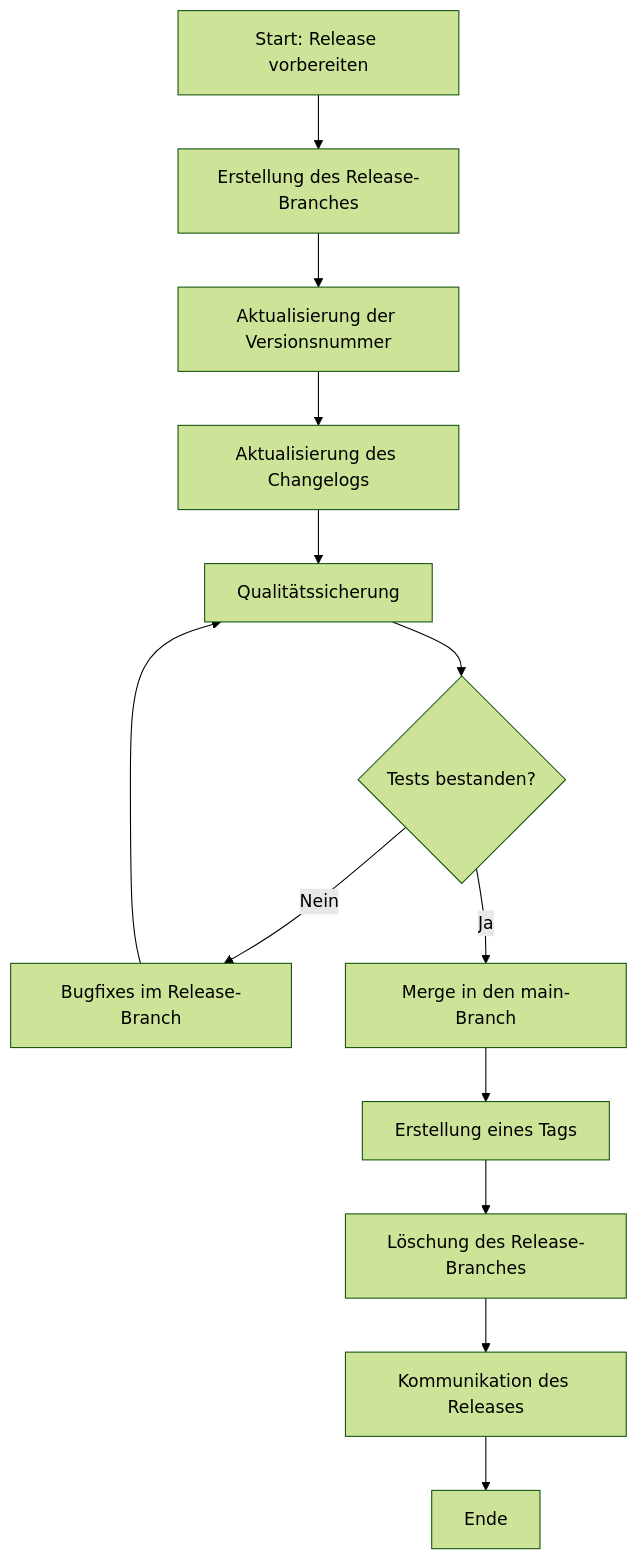
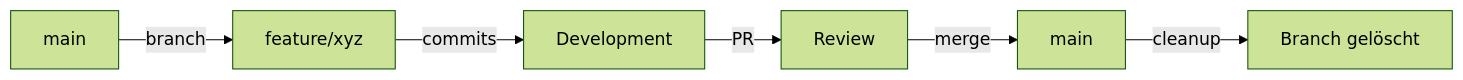
One commit to HaraldKiessling/DevSystem changed the first of 2 diagrams in docs/strategies/branch-strategie.md. Above: the diagram before and after it, drawn with Mermaid (forest theme). The commit also changed other lines of this file and 19 other files, not shown here.

````diff
--- a/docs/strategies/branch-strategie.md
+++ b/docs/strategies/branch-strategie.md
@@ -862,15 +88,8 @@
 ```mermaid
-graph TD
-    A[Start: Release vorbereiten] --> B[Erstellung des Release-Branches]
-    B --> C[Aktualisierung der Versionsnummer]
-    C --> D[Aktualisierung des Changelogs]
-    D --> E[Qualitätssicherung]
-    E --> F{Tests bestanden?}
-    F -->|Nein| G[Bugfixes im Release-Branch]
-    G --> E
-    F -->|Ja| H[Merge in den main-Branch]
-    H --> I[Erstellung eines Tags]
-    I --> J[Löschung des Release-Branches]
-    J --> K[Kommunikation des Releases]
-    K --> L[Ende]
+graph LR
+    A[main] -->|branch| B[feature/xyz]
+    B -->|commits| C[Development]
+    C -->|PR| D[Review]
+    D -->|merge| E[main]
+    E -->|cleanup| F[Branch gelöscht]
 ```
````
